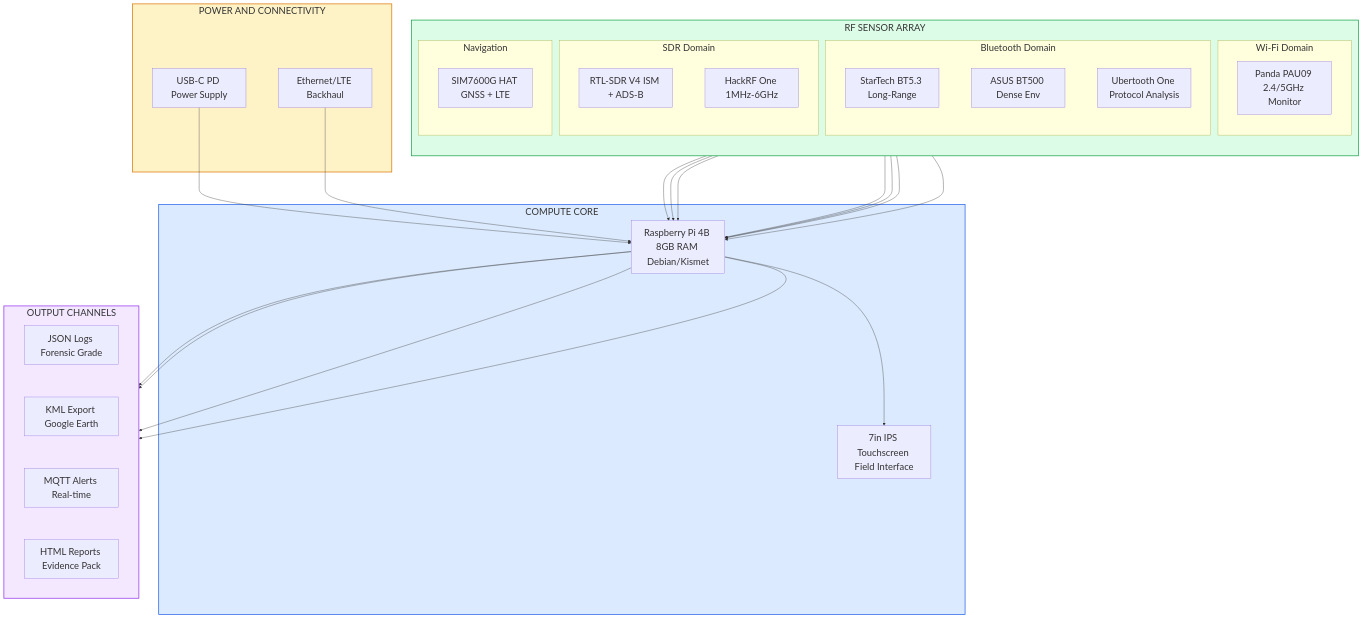
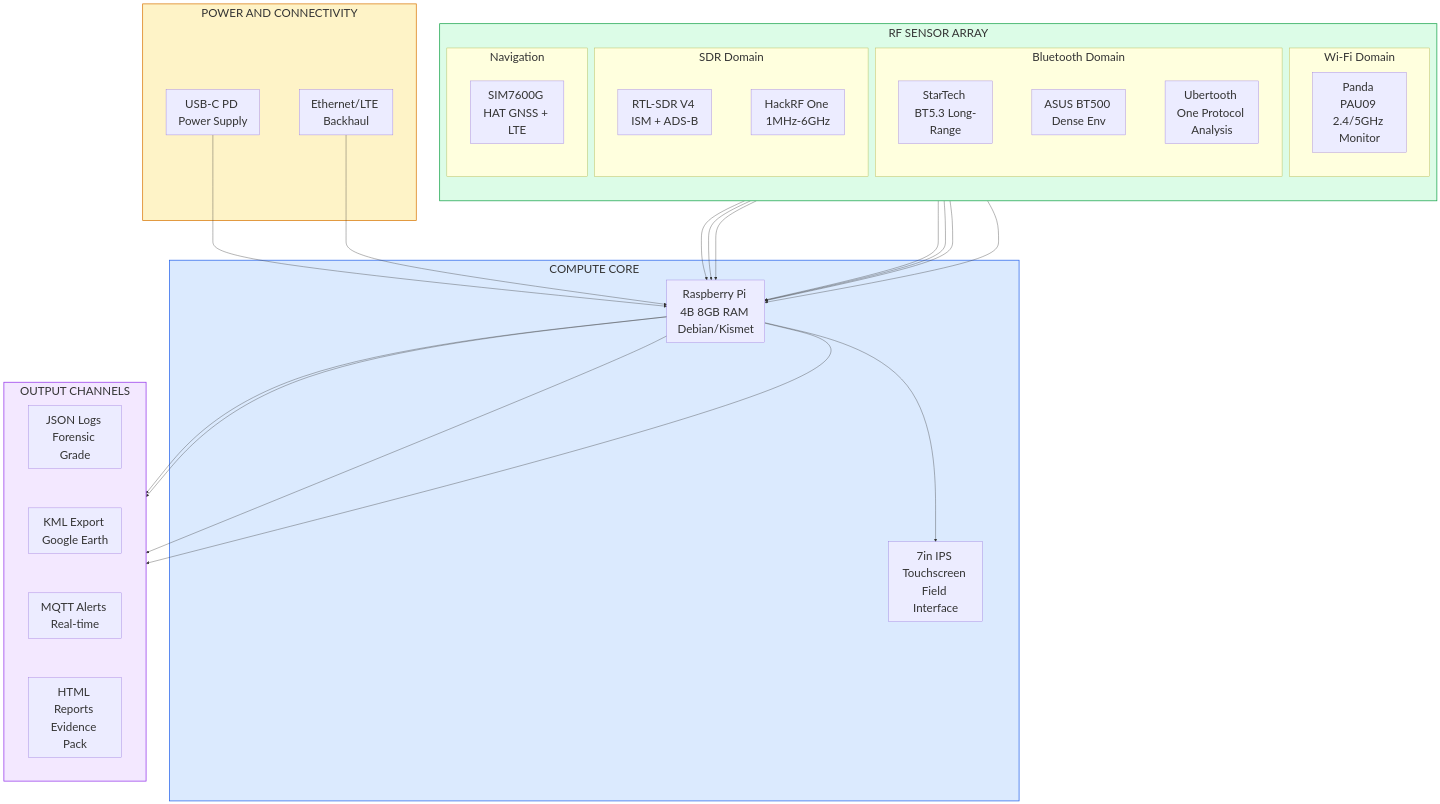
Before and after one commit to Pharns/portfolio: the first of 3 diagrams in docs/cybersecurity/tracelock.md, drawn with Mermaid. The commit also changed other lines of this file, not shown here.

Commit message:
Increase TraceLock diagram font size again

````diff
--- a/docs/cybersecurity/tracelock.md
+++ b/docs/cybersecurity/tracelock.md
@@ -92,60 +92,60 @@
 ```mermaid
-%%{init: {"flowchart": {"nodeSpacing": 90, "rankSpacing": 90}, "themeVariables": {"fontSize": "26px"}}}%%
+%%{init: {"flowchart": {"nodeSpacing": 110, "rankSpacing": 110}, "themeVariables": {"fontSize": "32px"}}}%%
 flowchart TB
     subgraph POWER["POWER AND CONNECTIVITY"]
         PWR["USB-C PD Power Supply"]
         ETH["Ethernet/LTE Backhaul"]
     end
 
     subgraph COMPUTE["COMPUTE CORE"]
         PI["Raspberry Pi 4B 8GB RAM Debian/Kismet"]
         DSP["7in IPS Touchscreen Field Interface"]
     end
 
     subgraph RF_SENSORS["RF SENSOR ARRAY"]
         direction TB
         subgraph WIFI["Wi-Fi Domain"]
             PANDA["Panda PAU09 2.4/5GHz Monitor"]
         end
         subgraph BLE["Bluetooth Domain"]
             BT1["StarTech BT5.3 Long-Range"]
             BT2["ASUS BT500 Dense Env"]
             UBT["Ubertooth One Protocol Analysis"]
         end
         subgraph SDR["SDR Domain"]
             RTL["RTL-SDR V4 ISM + ADS-B"]
             HRF["HackRF One 1MHz-6GHz"]
         end
         subgraph NAV["Navigation"]
             GPS["SIM7600G HAT GNSS + LTE"]
         end
     end
 
     subgraph OUTPUT["OUTPUT CHANNELS"]
         direction LR
         LOG["JSON Logs Forensic Grade"]
         KML["KML Export Google Earth"]
         MQTT["MQTT Alerts Real-time"]
         RPT["HTML Reports Evidence Pack"]
     end
 
     PWR --> PI
     ETH --> PI
     PI --> DSP
     PANDA --> PI
     BT1 --> PI
     BT2 --> PI
     UBT --> PI
     RTL --> PI
     HRF --> PI
     GPS --> PI
     PI --> LOG
     PI --> KML
     PI --> MQTT
     PI --> RPT
 
     style POWER fill:#fef3c7,stroke:#d97706,stroke-width:2px
     style COMPUTE fill:#dbeafe,stroke:#2563eb,stroke-width:2px
     style RF_SENSORS fill:#dcfce7,stroke:#16a34a,stroke-width:2px
     style OUTPUT fill:#f3e8ff,stroke:#9333ea,stroke-width:2px
 ```
````
